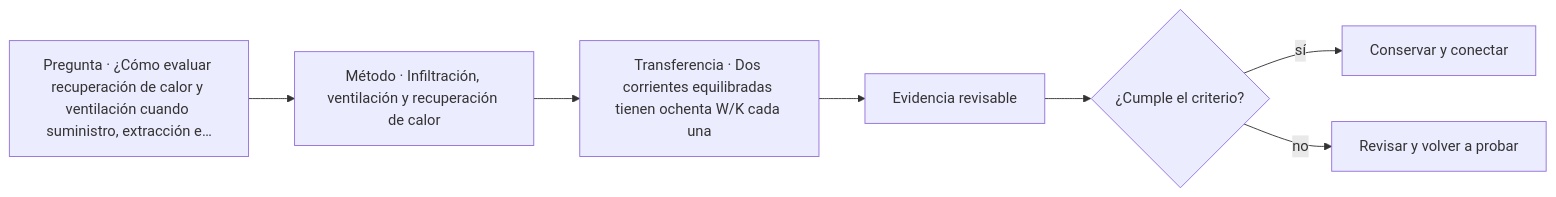
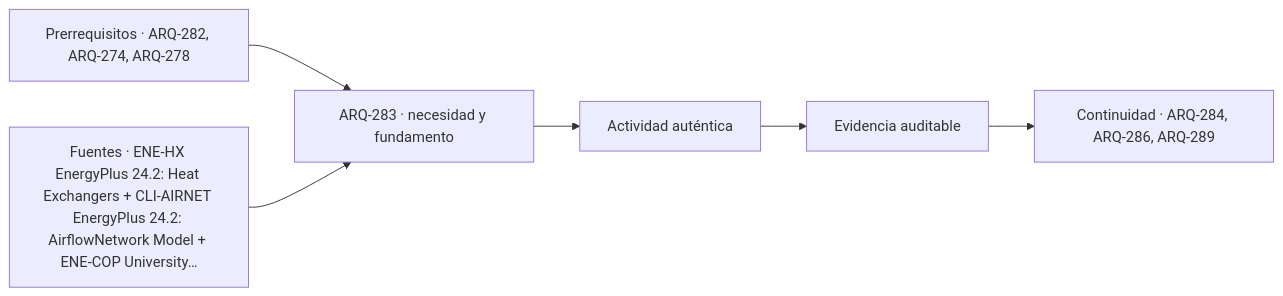
One commit to vladimiracunadev-create/architecture-built-environment-learning-program changed the diagram in classes/parte-29/ARQ-283.md. Above: the diagram before and after it, drawn with Mermaid. The commit also changed other lines of this file and 761 other files, not shown here.

````diff
--- a/classes/parte-29/ARQ-283.md
+++ b/classes/parte-29/ARQ-283.md
@@ -111,9 +123,8 @@
 ```mermaid
 flowchart LR
-    Q["Pregunta · ¿Cómo evaluar recuperación de calor y ventilación cuando suministro, extracción e…"] --> M["Método · Infiltración, ventilación y recuperación de calor"]
-    M --> P["Transferencia · Dos corrientes equilibradas tienen ochenta W/K cada una"]
-    P --> E["Evidencia revisable"]
-    E --> C{"¿Cumple el criterio?"}
-    C -->|sí| T["Conservar y conectar"]
-    C -->|no| R["Revisar y volver a probar"]
+    A["Prerrequisitos · ARQ-282, ARQ-274, ARQ-278"] --> B["ARQ-283 · necesidad y fundamento"]
+    S["Fuentes · ENE-HX EnergyPlus 24.2: Heat Exchangers + CLI-AIRNET EnergyPlus 24.2: AirflowNetwork Model + ENE-COP University…"] --> B
+    B --> C["Actividad auténtica"]
+    C --> D["Evidencia auditable"]
+    D --> E["Continuidad · ARQ-284, ARQ-286, ARQ-289"]
 ```
````
